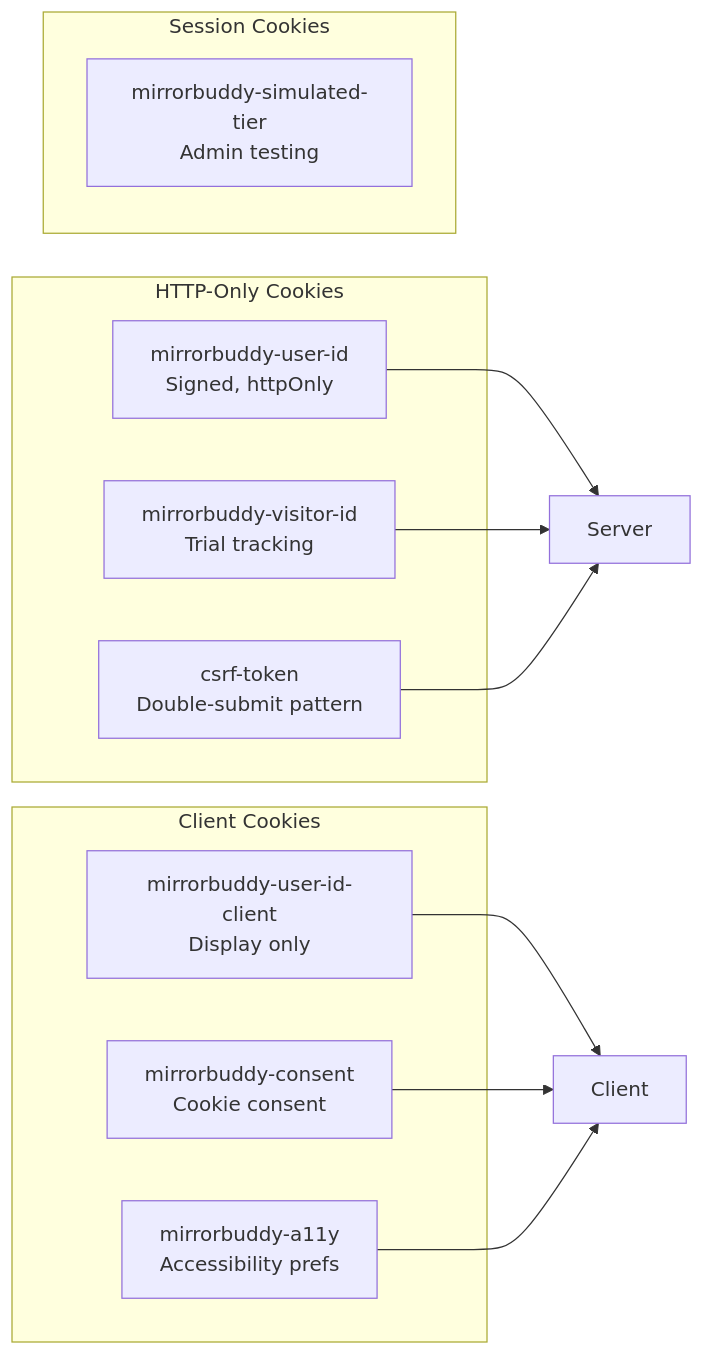
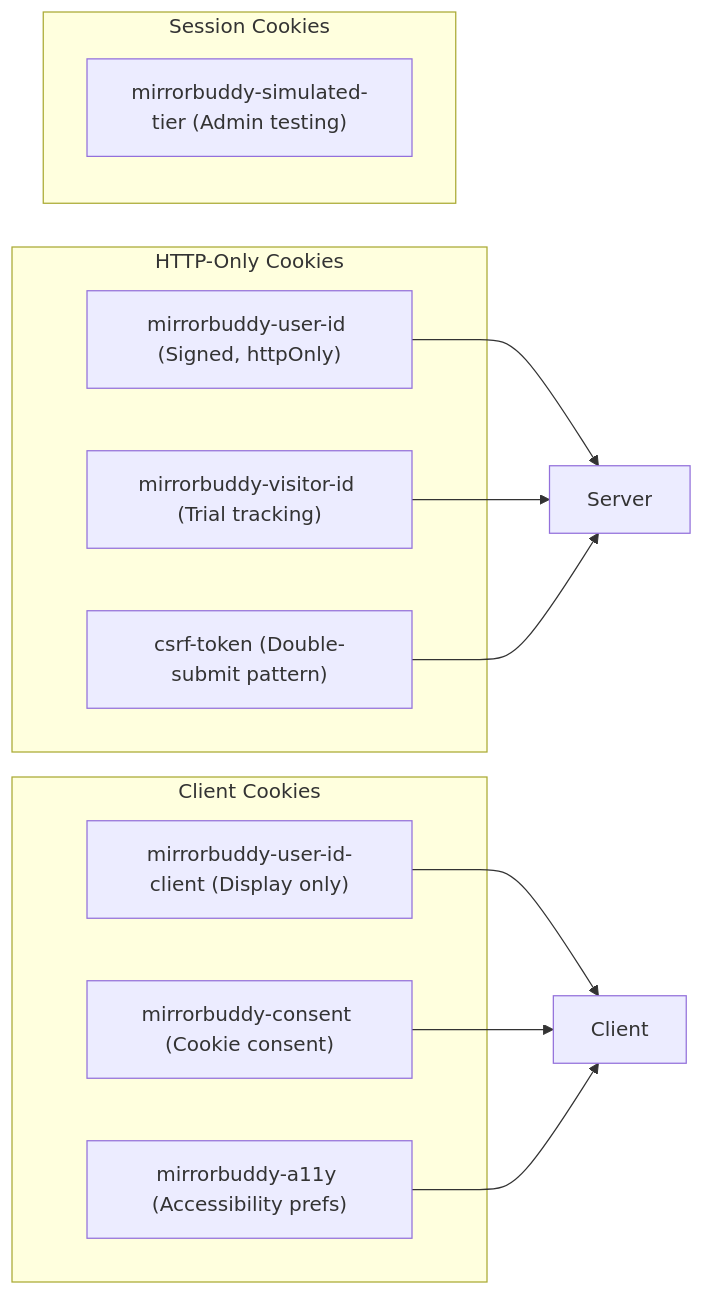
Before and after one commit to FightTheStroke/MirrorBuddy: the seventh of 50 diagrams in ARCHITECTURE-DIAGRAMS.md, drawn with Mermaid. The commit also changed other lines of this file, not shown here.

First line of the commit message:
docs(arch): rewrite diagrams in English, rename Maestri to Professors

````diff
--- a/ARCHITECTURE-DIAGRAMS.md
+++ b/ARCHITECTURE-DIAGRAMS.md
@@ -337,25 +336,25 @@
 ```mermaid
 graph LR
-    subgraph "HTTP-Only Cookies"
-        AuthCookie[mirrorbuddy-user-id<br/>Signed, httpOnly]
-        VisitorCookie[mirrorbuddy-visitor-id<br/>Trial tracking]
-        CSRFCookie[csrf-token<br/>Double-submit pattern]
+    subgraph HTTP_Only_Cookies["HTTP-Only Cookies"]
+        AuthCookie["mirrorbuddy-user-id (Signed, httpOnly)"]
+        VisitorCookie["mirrorbuddy-visitor-id (Trial tracking)"]
+        CSRFCookie["csrf-token (Double-submit pattern)"]
     end
 
-    subgraph "Client Cookies"
-        ClientAuth[mirrorbuddy-user-id-client<br/>Display only]
-        Consent[mirrorbuddy-consent<br/>Cookie consent]
-        A11y[mirrorbuddy-a11y<br/>Accessibility prefs]
+    subgraph Client_Cookies["Client Cookies"]
+        ClientAuth["mirrorbuddy-user-id-client (Display only)"]
+        Consent["mirrorbuddy-consent (Cookie consent)"]
+        A11y["mirrorbuddy-a11y (Accessibility prefs)"]
     end
 
-    subgraph "Session Cookies"
-        SimTier[mirrorbuddy-simulated-tier<br/>Admin testing]
+    subgraph Session_Cookies["Session Cookies"]
+        SimTier["mirrorbuddy-simulated-tier (Admin testing)"]
     end
 
     AuthCookie --> Server
     VisitorCookie --> Server
     CSRFCookie --> Server
     ClientAuth --> Client
     Consent --> Client
     A11y --> Client
 ```
````
